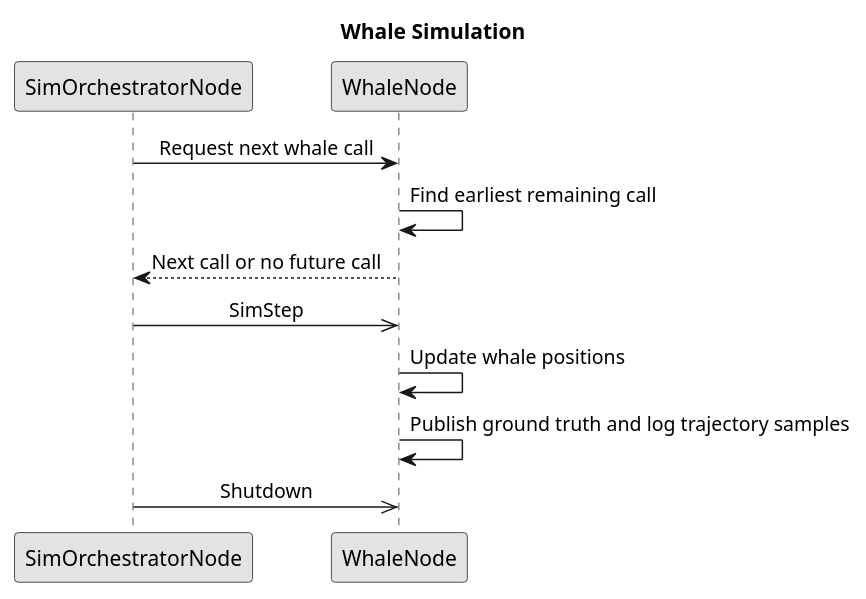
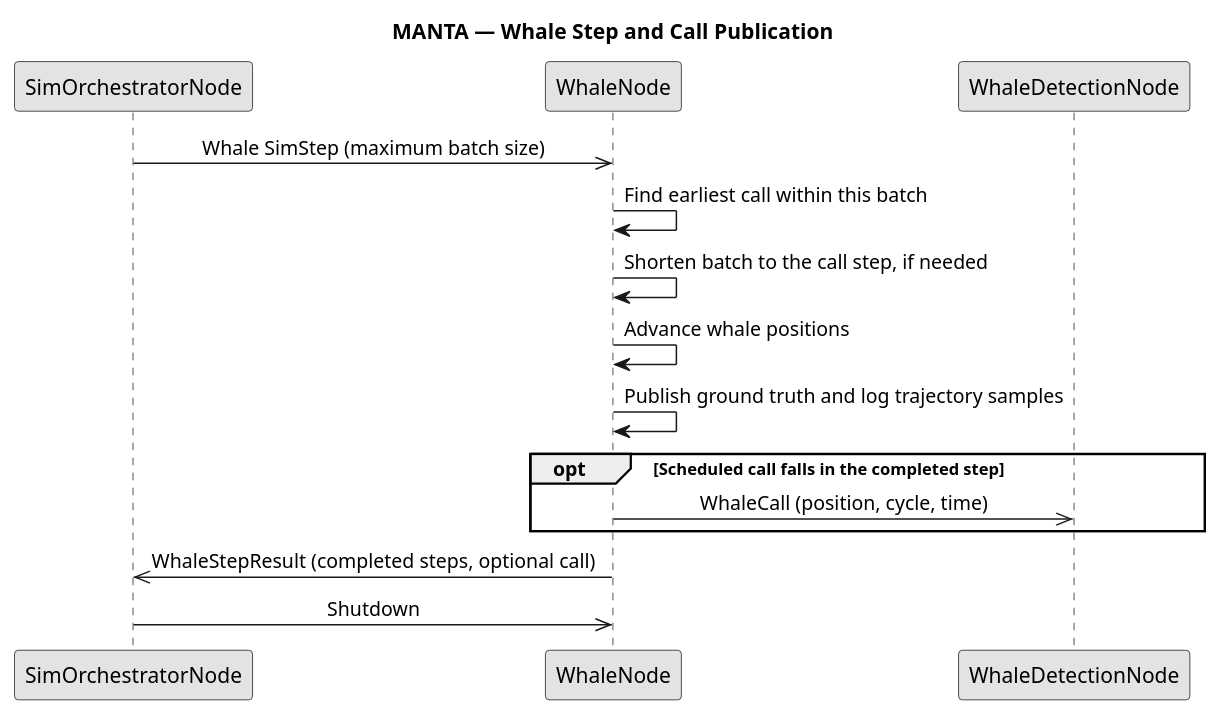
The diagram in components/manta_whale_sim/docs/whale_sequence.puml (Tebcherani/MANTA), drawn with PlantUML before and after one commit. The commit also changed 41 other files, not shown here.

Commit message:
Refactored manta core and simulation orchestrator

```diff
--- a/components/manta_whale_sim/docs/whale_sequence.puml
+++ b/components/manta_whale_sim/docs/whale_sequence.puml
@@ -1,22 +1,25 @@
 @startuml
-title Whale Simulation
+title MANTA — Whale Step and Call Publication
 
 skinparam monochrome true
 skinparam shadowing false
 skinparam sequenceMessageAlign center
 skinparam responseMessageBelowArrow true
 
 participant "SimOrchestratorNode" as Orchestrator
 participant "WhaleNode" as Whale
+participant "WhaleDetectionNode" as Detection
 
-Orchestrator -> Whale : Request next whale call
-Whale -> Whale : Find earliest remaining call
-Whale --> Orchestrator : Next call or no future call
-
-Orchestrator ->> Whale : SimStep
-Whale -> Whale : Update whale positions
+Orchestrator ->> Whale : Whale SimStep (maximum batch size)
+Whale -> Whale : Find earliest call within this batch
+Whale -> Whale : Shorten batch to the call step, if needed
+Whale -> Whale : Advance whale positions
 Whale -> Whale : Publish ground truth and log trajectory samples
+opt Scheduled call falls in the completed step
+    Whale ->> Detection : WhaleCall (position, cycle, time)
+end
+Whale ->> Orchestrator : WhaleStepResult (completed steps, optional call)
 
 Orchestrator ->> Whale : Shutdown
 
 @enduml
```
